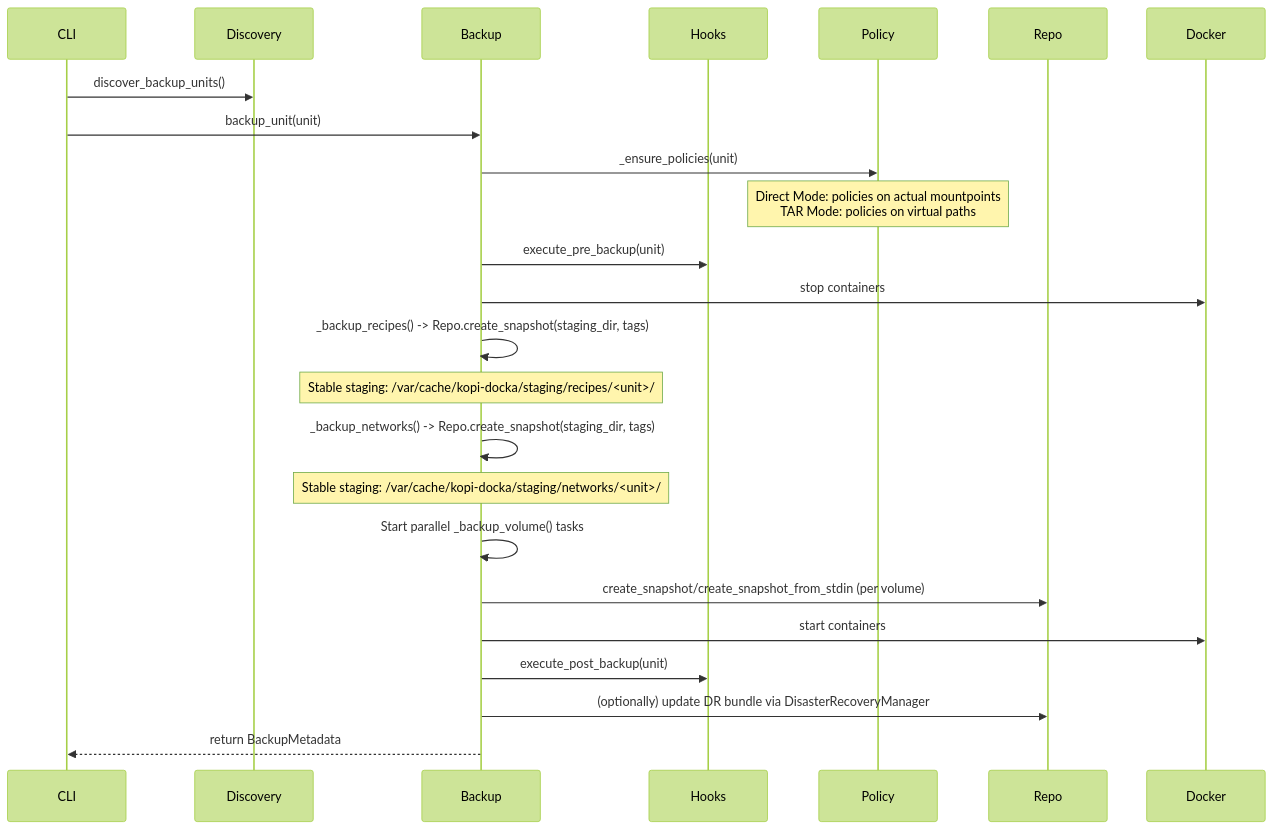
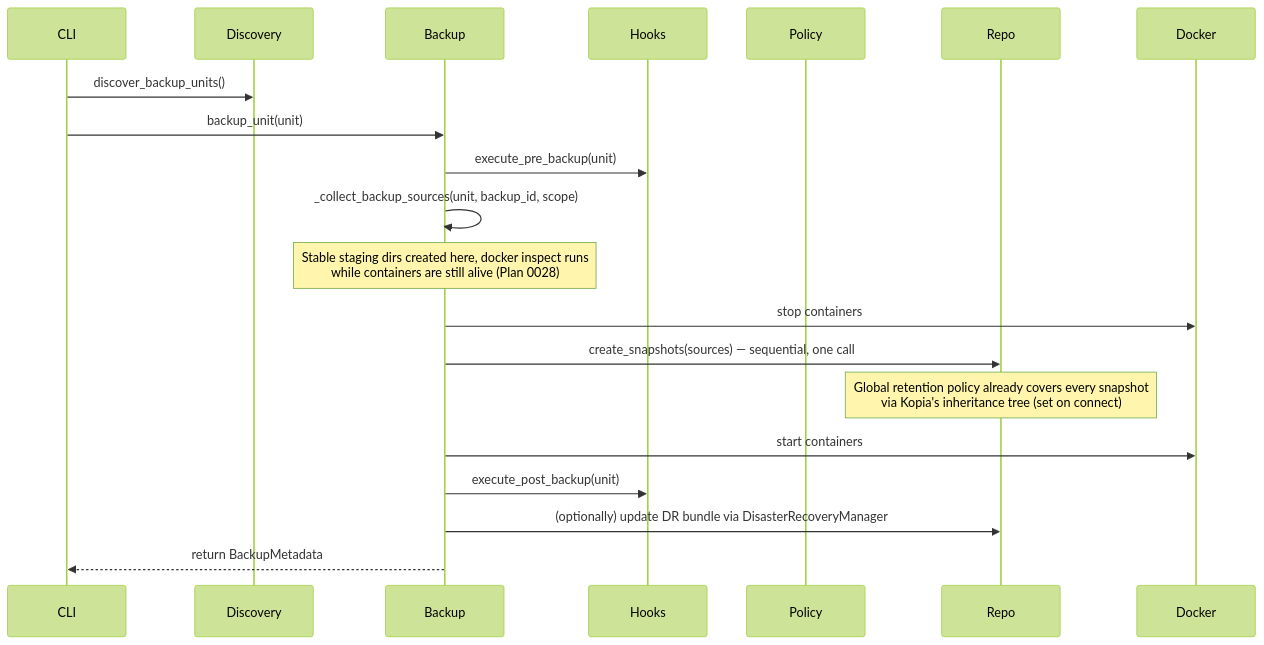
The sixth of 9 diagrams in docs/ARCHITECTURE.md (TZERO78/kopi-docka), drawn with Mermaid (forest theme) before and after one commit. The commit also changed other lines of this file and 11 other files, not shown here.

````diff
--- a/docs/ARCHITECTURE.md
+++ b/docs/ARCHITECTURE.md
@@ -800,27 +801,23 @@
 ```mermaid
 sequenceDiagram
   participant CLI
   participant Discovery
   participant Backup
   participant Hooks
   participant Policy
   participant Repo
   participant Docker
 
   CLI->>Discovery: discover_backup_units()
   CLI->>Backup: backup_unit(unit)
-  Backup->>Policy: _ensure_policies(unit)
-  Note over Policy: Direct Mode: policies on actual mountpoints<br/>TAR Mode: policies on virtual paths
   Backup->>Hooks: execute_pre_backup(unit)
+  Backup->>Backup: _collect_backup_sources(unit, backup_id, scope)
+  Note over Backup: Stable staging dirs created here, docker inspect runs<br/>while containers are still alive (Plan 0028)
   Backup->>Docker: stop containers
-  Backup->>Backup: _backup_recipes() -> Repo.create_snapshot(staging_dir, tags)
-  Note over Backup: Stable staging: /var/cache/kopi-docka/staging/recipes/<unit>/
-  Backup->>Backup: _backup_networks() -> Repo.create_snapshot(staging_dir, tags)
-  Note over Backup: Stable staging: /var/cache/kopi-docka/staging/networks/<unit>/
-  Backup->>Backup: Start parallel _backup_volume() tasks
-  Backup->>Repo: create_snapshot/create_snapshot_from_stdin (per volume)
+  Backup->>Repo: create_snapshots(sources) — sequential, one call
+  Note over Repo: Global retention policy already covers every snapshot<br/>via Kopia's inheritance tree (set on connect)
   Backup->>Docker: start containers
   Backup->>Hooks: execute_post_backup(unit)
   Backup->>Repo: (optionally) update DR bundle via DisasterRecoveryManager
   Backup-->>CLI: return BackupMetadata
 ```
````
